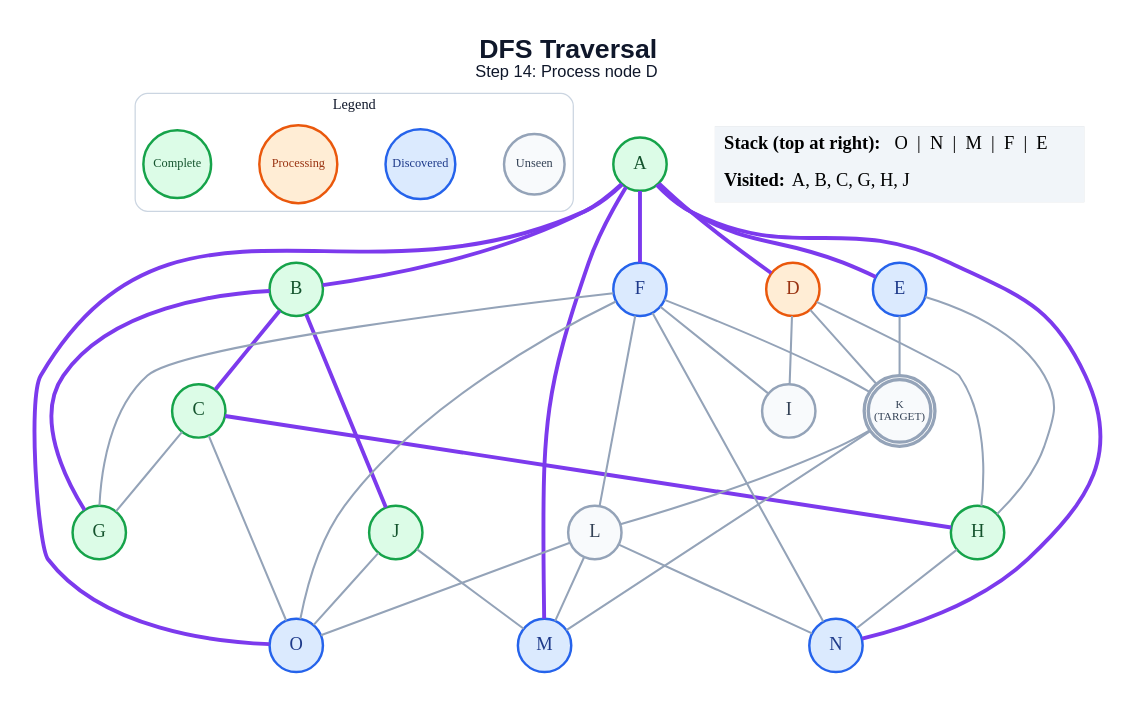
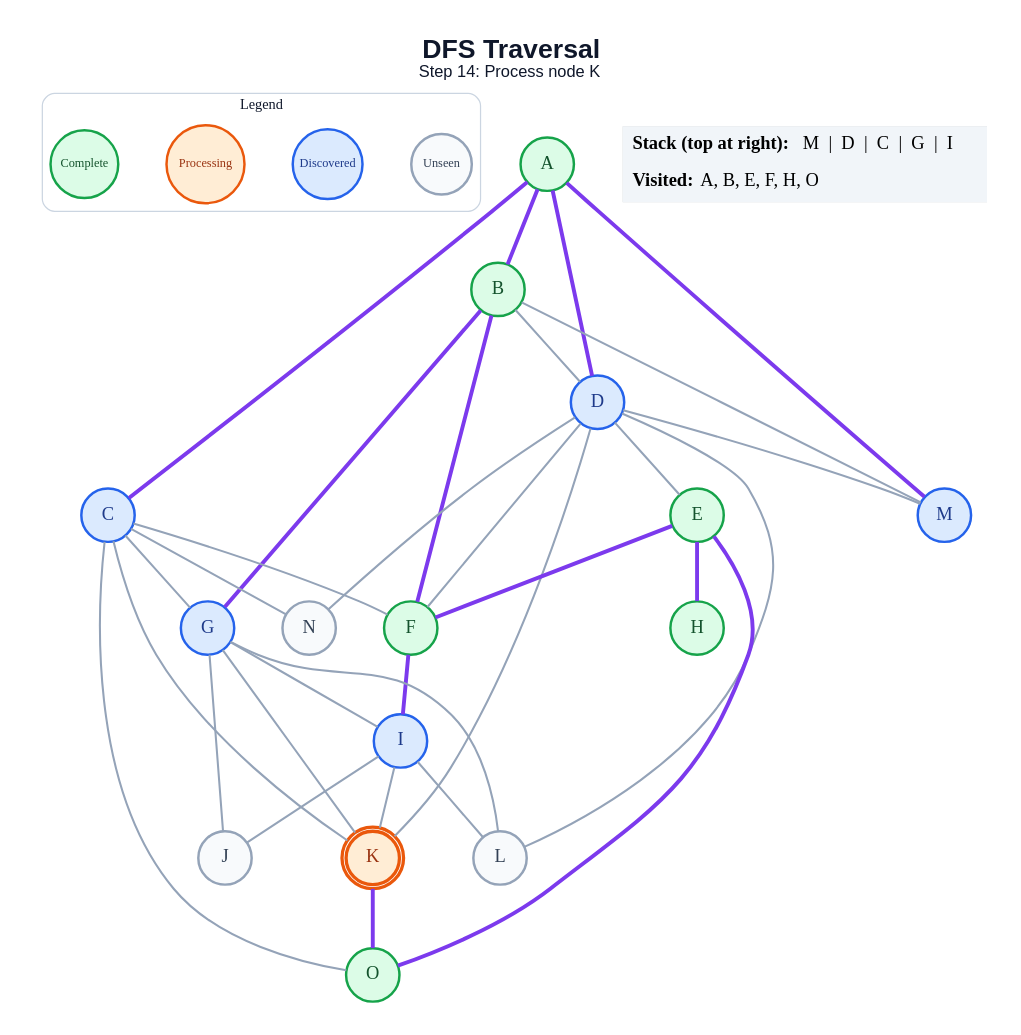
The diagram in generated/specific-node/dfs/step_14.dot (anon7238593-create/ai-slop), drawn with Graphviz before and after one commit. The commit also changed 265 other files, not shown here.

```diff
--- a/generated/specific-node/dfs/step_14.dot
+++ b/generated/specific-node/dfs/step_14.dot
@@ -1,66 +1,65 @@
 graph traversal {
   graph [layout=dot, rankdir=TB, bgcolor="#FFFFFF", pad="0.35", nodesep="0.65", ranksep="0.8", fontname="Arial"];
   node [shape=circle, style="filled", fontname="Arial Bold", fontsize=18, width=0.72, fixedsize=true, penwidth=2.4];
   edge [color="#94A3B8", penwidth=2.0];
-  label=<<B>DFS Traversal</B><BR/><FONT POINT-SIZE="16">Step 14: Process node D</FONT>>; labelloc="t"; fontsize=26; fontname="Arial"; fontcolor="#0F172A";
+  label=<<B>DFS Traversal</B><BR/><FONT POINT-SIZE="16">Step 14: Process node K</FONT>>; labelloc="t"; fontsize=26; fontname="Arial"; fontcolor="#0F172A";
   subgraph cluster_legend { label="Legend"; color="#CBD5E1"; penwidth=1.2; style="rounded"; fontsize=14; fontname="Arial Bold";
     key_unseen [label="Unseen", fillcolor="#F8FAFC", color="#94A3B8", fontcolor="#334155", fontsize=12, width=0.82];
     key_frontier [label="Discovered", fillcolor="#DBEAFE", color="#2563EB", fontcolor="#1E3A8A", fontsize=12, width=0.95];
     key_current [label="Processing", fillcolor="#FFEDD5", color="#EA580C", fontcolor="#9A3412", fontsize=12, width=1.05];
     key_done [label="Complete", fillcolor="#DCFCE7", color="#16A34A", fontcolor="#14532D", fontsize=12, width=0.92];
     { rank=same; key_unseen; key_frontier; key_current; key_done; }
   }
   A [label="A", fillcolor="#DCFCE7", color="#16A34A", fontcolor="#14532D", peripheries=1, penwidth=2.4];
   B [label="B", fillcolor="#DCFCE7", color="#16A34A", fontcolor="#14532D", peripheries=1, penwidth=2.4];
-  C [label="C", fillcolor="#DCFCE7", color="#16A34A", fontcolor="#14532D", peripheries=1, penwidth=2.4];
-  D [label="D", fillcolor="#FFEDD5", color="#EA580C", fontcolor="#9A3412", peripheries=1, penwidth=2.4];
-  E [label="E", fillcolor="#DBEAFE", color="#2563EB", fontcolor="#1E3A8A", peripheries=1, penwidth=2.4];
-  F [label="F", fillcolor="#DBEAFE", color="#2563EB", fontcolor="#1E3A8A", peripheries=1, penwidth=2.4];
-  G [label="G", fillcolor="#DCFCE7", color="#16A34A", fontcolor="#14532D", peripheries=1, penwidth=2.4];
+  C [label="C", fillcolor="#DBEAFE", color="#2563EB", fontcolor="#1E3A8A", peripheries=1, penwidth=2.4];
+  D [label="D", fillcolor="#DBEAFE", color="#2563EB", fontcolor="#1E3A8A", peripheries=1, penwidth=2.4];
+  E [label="E", fillcolor="#DCFCE7", color="#16A34A", fontcolor="#14532D", peripheries=1, penwidth=2.4];
+  F [label="F", fillcolor="#DCFCE7", color="#16A34A", fontcolor="#14532D", peripheries=1, penwidth=2.4];
+  G [label="G", fillcolor="#DBEAFE", color="#2563EB", fontcolor="#1E3A8A", peripheries=1, penwidth=2.4];
   H [label="H", fillcolor="#DCFCE7", color="#16A34A", fontcolor="#14532D", peripheries=1, penwidth=2.4];
-  I [label="I", fillcolor="#F8FAFC", color="#94A3B8", fontcolor="#334155", peripheries=1, penwidth=2.4];
-  J [label="J", fillcolor="#DCFCE7", color="#16A34A", fontcolor="#14532D", peripheries=1, penwidth=2.4];
-  K [label="K\n(TARGET)", fillcolor="#F8FAFC", color="#94A3B8", fontcolor="#334155", peripheries=2, penwidth=3.2, fontsize=11, width=0.85, height=0.85];
+  I [label="I", fillcolor="#DBEAFE", color="#2563EB", fontcolor="#1E3A8A", peripheries=1, penwidth=2.4];
+  J [label="J", fillcolor="#F8FAFC", color="#94A3B8", fontcolor="#334155", peripheries=1, penwidth=2.4];
+  K [label="K", fillcolor="#FFEDD5", color="#EA580C", fontcolor="#9A3412", peripheries=2, penwidth=3.2];
   L [label="L", fillcolor="#F8FAFC", color="#94A3B8", fontcolor="#334155", peripheries=1, penwidth=2.4];
   M [label="M", fillcolor="#DBEAFE", color="#2563EB", fontcolor="#1E3A8A", peripheries=1, penwidth=2.4];
-  N [label="N", fillcolor="#DBEAFE", color="#2563EB", fontcolor="#1E3A8A", peripheries=1, penwidth=2.4];
-  O [label="O", fillcolor="#DBEAFE", color="#2563EB", fontcolor="#1E3A8A", peripheries=1, penwidth=2.4];
+  N [label="N", fillcolor="#F8FAFC", color="#94A3B8", fontcolor="#334155", peripheries=1, penwidth=2.4];
+  O [label="O", fillcolor="#DCFCE7", color="#16A34A", fontcolor="#14532D", peripheries=1, penwidth=2.4];
   A -- B [color="#7C3AED", penwidth=3.8];
+  A -- C [color="#7C3AED", penwidth=3.8];
   A -- D [color="#7C3AED", penwidth=3.8];
-  A -- E [color="#7C3AED", penwidth=3.8];
-  A -- F [color="#7C3AED", penwidth=3.8];
   A -- M [color="#7C3AED", penwidth=3.8];
-  A -- N [color="#7C3AED", penwidth=3.8];
-  A -- O [color="#7C3AED", penwidth=3.8];
-  B -- C [color="#7C3AED", penwidth=3.8];
+  B -- D;
+  B -- F [color="#7C3AED", penwidth=3.8];
   B -- G [color="#7C3AED", penwidth=3.8];
-  B -- J [color="#7C3AED", penwidth=3.8];
+  B -- M;
+  C -- F;
   C -- G;
-  C -- H [color="#7C3AED", penwidth=3.8];
+  C -- K;
+  C -- N;
   C -- O;
-  D -- H;
-  D -- I;
+  D -- E;
+  D -- F;
   D -- K;
-  E -- H;
-  E -- K;
-  F -- G;
-  F -- I;
-  F -- K;
-  F -- L;
-  F -- N;
-  F -- O;
-  H -- N;
-  J -- M;
-  J -- O;
-  K -- L;
-  K -- M;
-  L -- M;
-  L -- N;
-  L -- O;
+  D -- L;
+  D -- M;
+  D -- N;
+  E -- F [color="#7C3AED", penwidth=3.8];
+  E -- H [color="#7C3AED", penwidth=3.8];
+  E -- O [color="#7C3AED", penwidth=3.8];
+  F -- I [color="#7C3AED", penwidth=3.8];
+  G -- I;
+  G -- J;
+  G -- K;
+  G -- L;
+  I -- J;
+  I -- K;
+  I -- L;
+  K -- O [color="#7C3AED", penwidth=3.8];
   status [shape=plain, fixedsize=false, width=0, height=0, margin=0, label=<
     <TABLE BORDER="0" CELLBORDER="0" CELLPADDING="7" BGCOLOR="#F1F5F9">
-      <TR><TD ALIGN="LEFT"><B>Stack (top at right):</B> O  |  N  |  M  |  F  |  E</TD></TR>
-      <TR><TD ALIGN="LEFT"><B>Visited:</B> A, B, C, G, H, J</TD></TR>
+      <TR><TD ALIGN="LEFT"><B>Stack (top at right):</B> M  |  D  |  C  |  G  |  I</TD></TR>
+      <TR><TD ALIGN="LEFT"><B>Visited:</B> A, B, E, F, H, O</TD></TR>
     </TABLE>
   >];
 }
```
